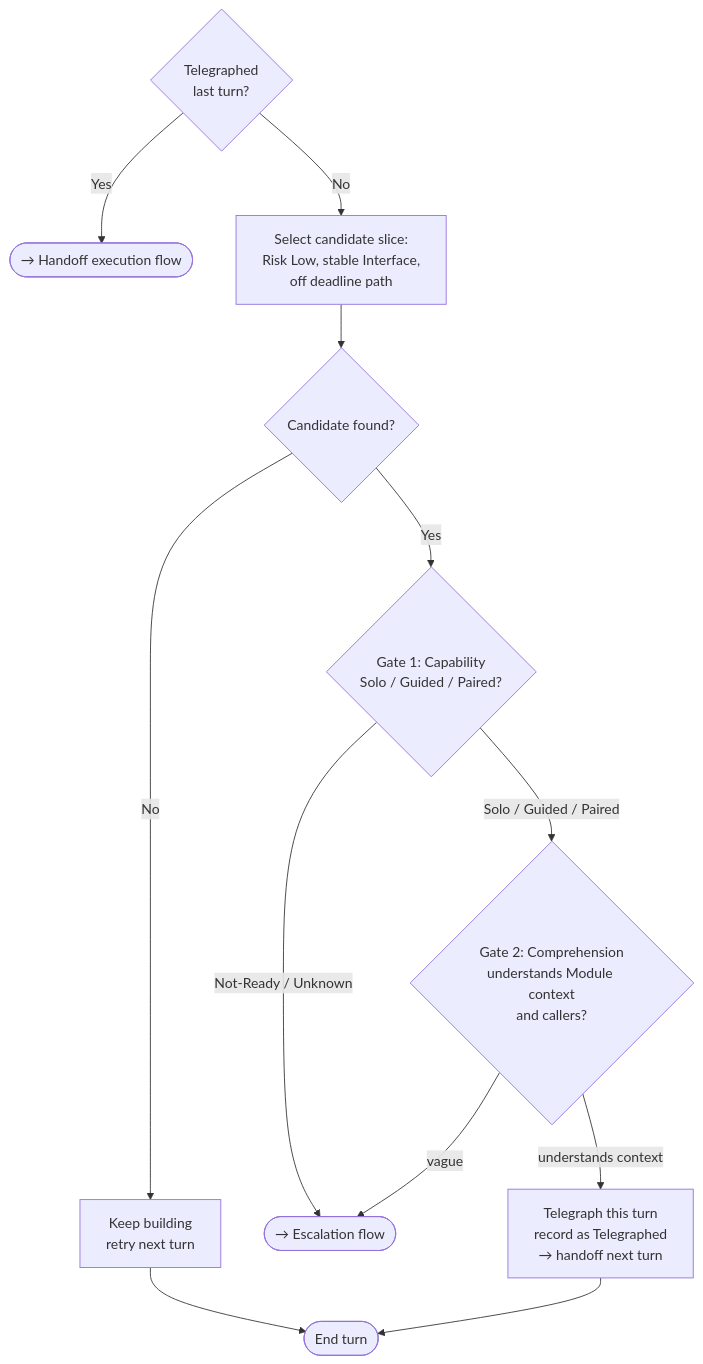
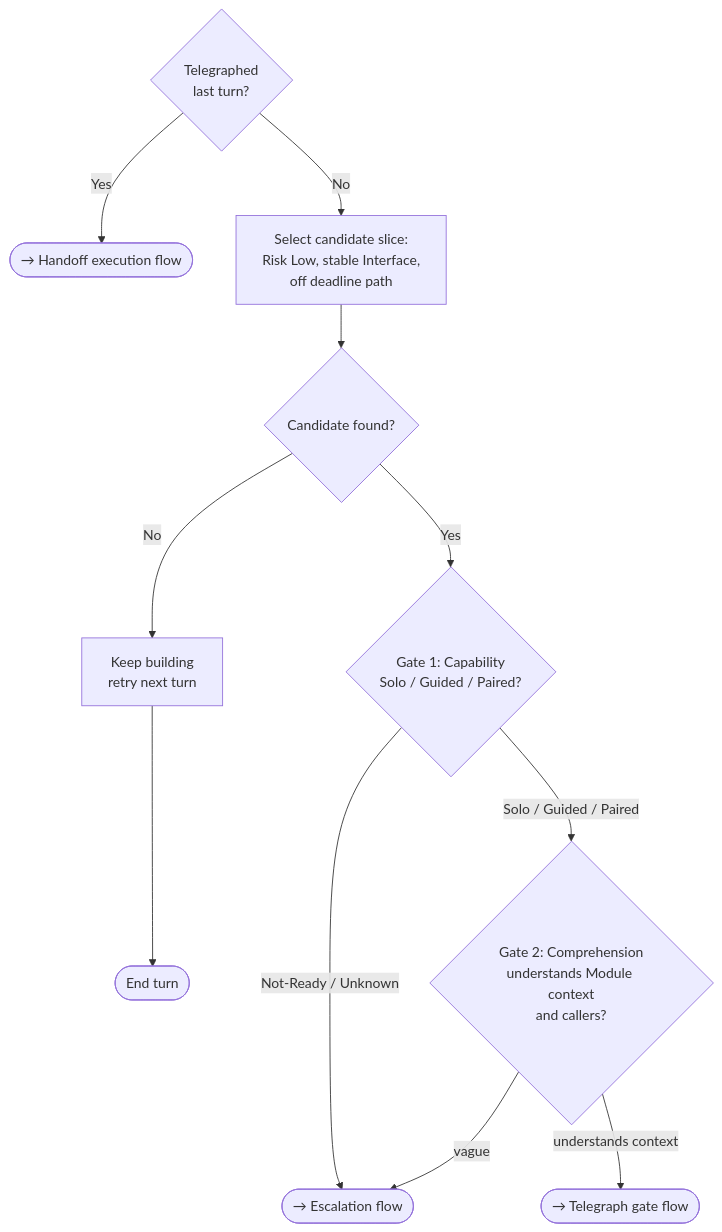
One commit to MegaByteMark/skills-to-pay-the-ai-bills changed the third of 6 diagrams in skills/vibe-code-antidote/SKILL.md. Above: the diagram before and after it, drawn with Mermaid. The commit also changed other lines of this file, not shown here.

Commit message:
fix: made the telegraph gate a formal question tool handoff

````diff
--- a/skills/vibe-code-antidote/SKILL.md
+++ b/skills/vibe-code-antidote/SKILL.md
@@ -98,14 +98,13 @@
 ```mermaid
 flowchart TD
     ENTRY{Telegraphed<br>last turn?} -->|Yes| EXEC([→ Handoff execution flow])
     ENTRY -->|No| SELECT[Select candidate slice:<br>Risk Low, stable Interface,<br>off deadline path]
     SELECT --> FOUND{Candidate found?}
     FOUND -->|No| KEEP[Keep building<br>retry next turn]
     FOUND -->|Yes| G1{Gate 1: Capability<br>Solo / Guided / Paired?}
     G1 -->|Not-Ready / Unknown| ESC([→ Escalation flow])
     G1 -->|Solo / Guided / Paired| G2{Gate 2: Comprehension<br>understands Module context<br>and callers?}
     G2 -->|vague| ESC
-    G2 -->|understands context| TELE[Telegraph this turn<br>record as Telegraphed<br>→ handoff next turn]
+    G2 -->|understands context| TELE([→ Telegraph gate flow])
     KEEP --> END([End turn])
-    TELE --> END
 ```
````
